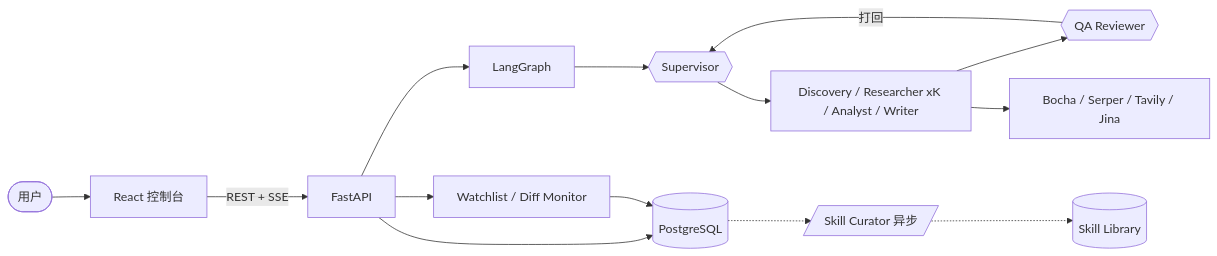
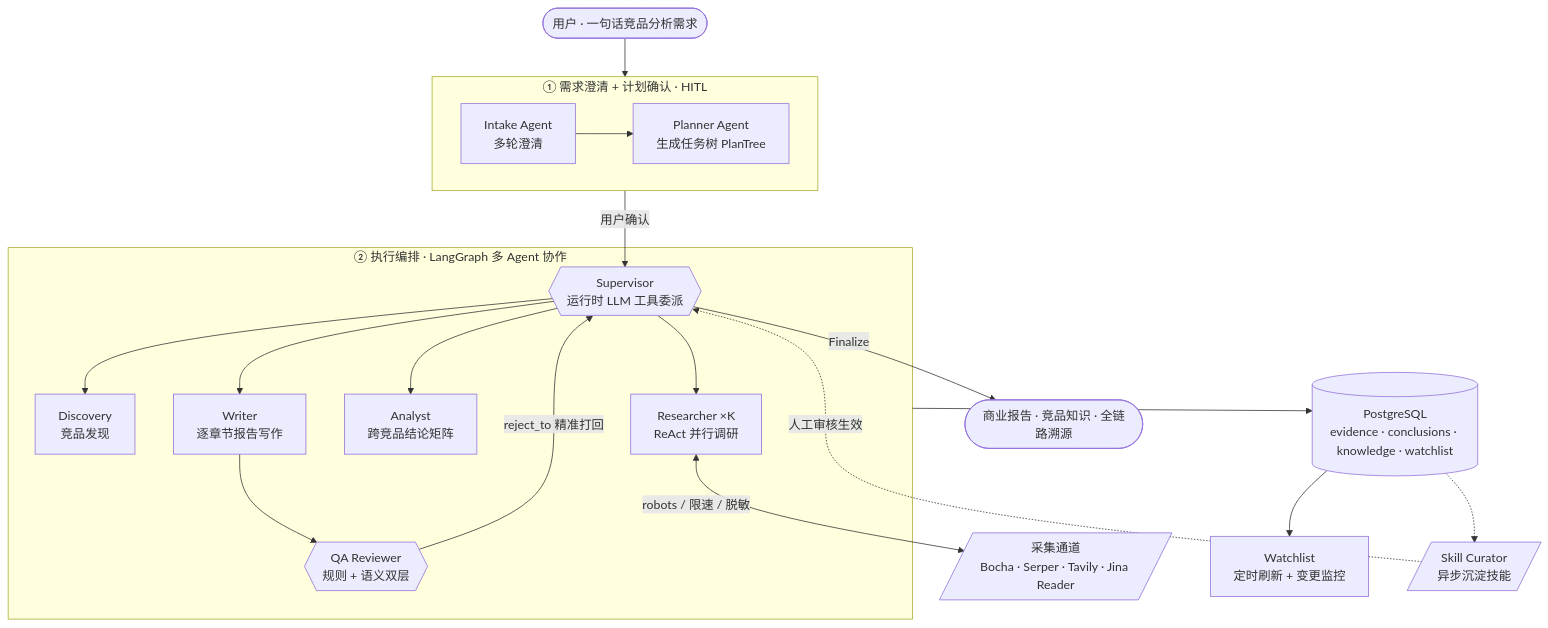
One commit to wanghong5233/RivalLens changed the diagram in README.md. Above: the diagram before and after it, drawn with Mermaid. The commit also changed other lines of this file and 3 other files, not shown here.

````diff
--- a/README.md
+++ b/README.md
@@ -45,16 +47,36 @@
 ```mermaid
-flowchart LR
-    User([用户]) --> FE[React 控制台]
-    FE -->|REST + SSE| API[FastAPI]
-    API --> Graph[LangGraph]
-    Graph --> Sup{{Supervisor}}
-    Sup --> Exec[Discovery / Researcher xK / Analyst / Writer]
-    Exec --> QA{{QA Reviewer}}
-    QA -->|打回| Sup
-    Exec --> Collector[Bocha / Serper / Tavily / Jina]
-    API --> PG[(PostgreSQL)]
-    API --> Watch[Watchlist / Diff Monitor]
-    Watch --> PG
-    PG -.-> Curator[/Skill Curator 异步/]
-    Curator -.-> Skills[(Skill Library)]
+flowchart TB
+    User([用户 · 一句话竞品分析需求])
+
+    subgraph HITL["① 需求澄清 + 计划确认 · HITL"]
+        direction LR
+        Intake[Intake Agent<br/>多轮澄清] --> Planner[Planner Agent<br/>生成任务树 PlanTree]
+    end
+
+    subgraph Loop["② 执行编排 · LangGraph 多 Agent 协作"]
+        Sup{{Supervisor<br/>运行时 LLM 工具委派}}
+        Discovery[Discovery<br/>竞品发现]
+        Researcher[Researcher ×K<br/>ReAct 并行调研]
+        Analyst[Analyst<br/>跨竞品结论矩阵]
+        Writer[Writer<br/>逐章节报告写作]
+        QA{{QA Reviewer<br/>规则 + 语义双层}}
+
+        Sup --> Discovery & Researcher & Analyst & Writer
+        Writer --> QA
+        QA -->|reject_to 精准打回| Sup
+    end
+
+    Collector[/采集通道<br/>Bocha · Serper · Tavily · Jina Reader/]
+    PG[(PostgreSQL<br/>evidence · conclusions · knowledge · watchlist)]
+    Watch[Watchlist<br/>定时刷新 + 变更监控]
+    Curator[/Skill Curator<br/>异步沉淀技能/]
+    Report([商业报告 · 竞品知识 · 全链路溯源])
+
+    User --> Intake
+    Planner -->|用户确认| Sup
+    Researcher <-->|robots / 限速 / 脱敏| Collector
+    Loop --> PG
+    Sup -->|Finalize| Report
+    PG --> Watch
+    PG -.-> Curator -.->|人工审核生效| Sup
 ```
````
